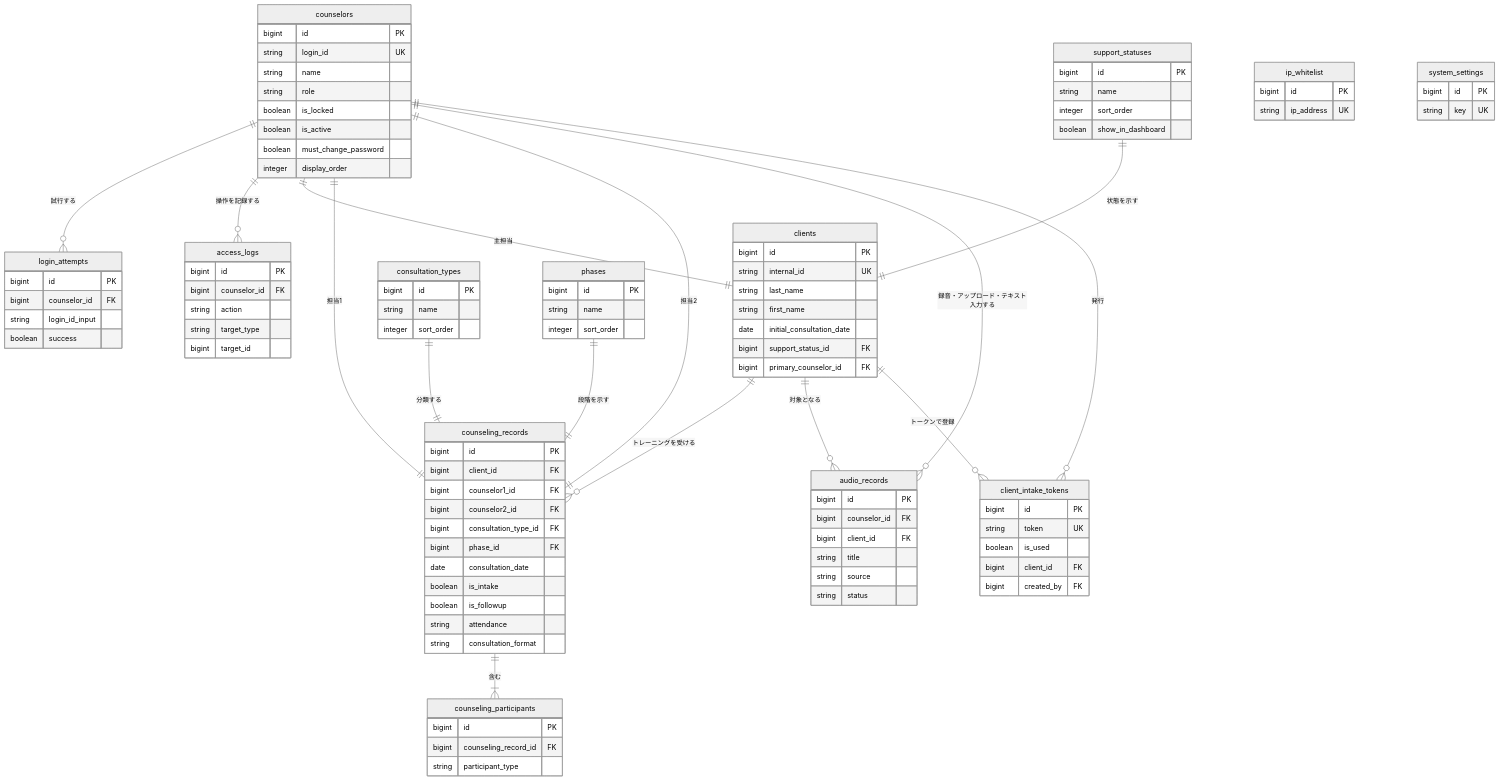
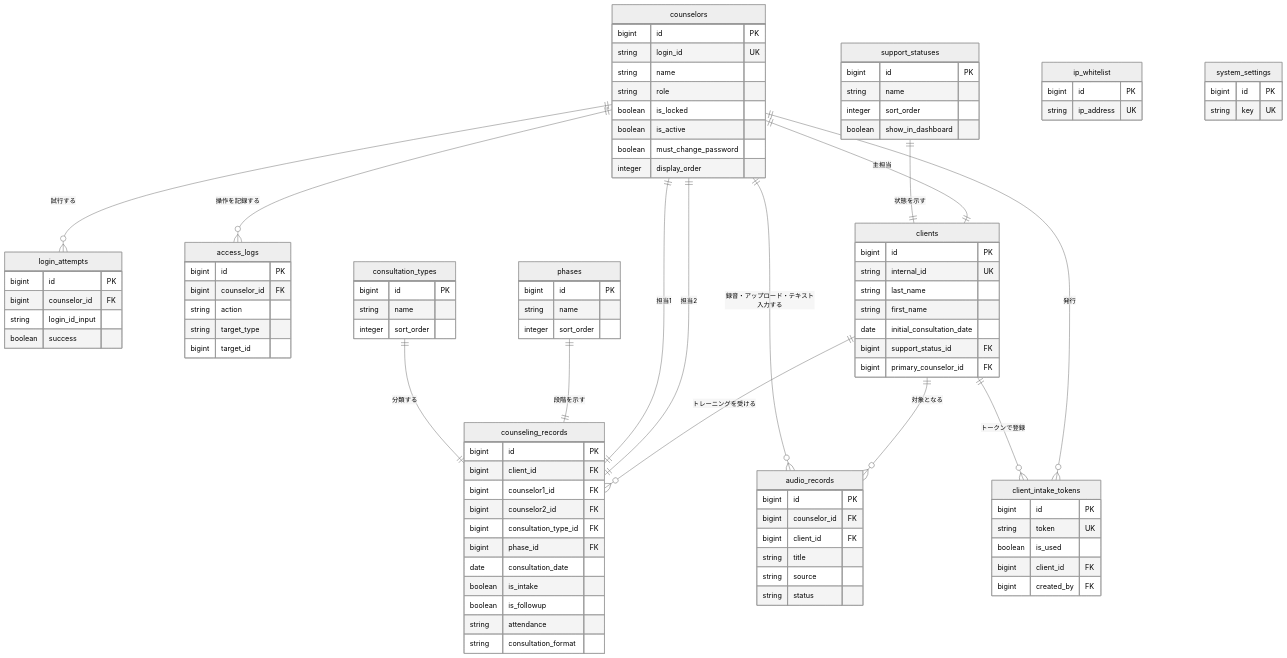
One commit to y-ouchi-inmylife/training-record-system changed the diagram in docs/db-schema.md. Above: the diagram before and after it, drawn with Mermaid (neutral theme). The commit also changed other lines of this file and 15 other files, not shown here.

First line of the commit message:
feat: トレーニング記録から「参加者」を削除し counseling_participants テーブルを廃止

```diff
--- a/docs/db-schema.md
+++ b/docs/db-schema.md
@@ -108,15 +108,8 @@
         integer sort_order
     }
 
-    counseling_participants {
-        bigint id PK
-        bigint counseling_record_id FK
-        string participant_type
-    }
-
     consultation_types ||--|| counseling_records : "分類する"
     phases ||--|| counseling_records : "段階を示す"
-    counseling_records ||--|{ counseling_participants : "含む"
 
 
     audio_records {
```
